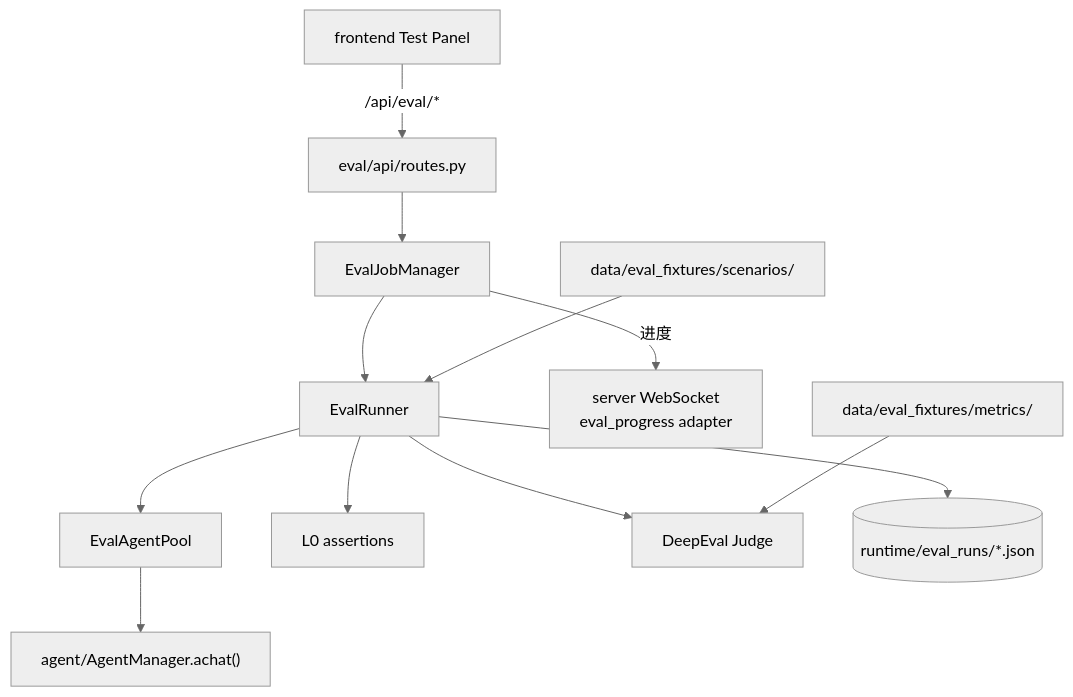
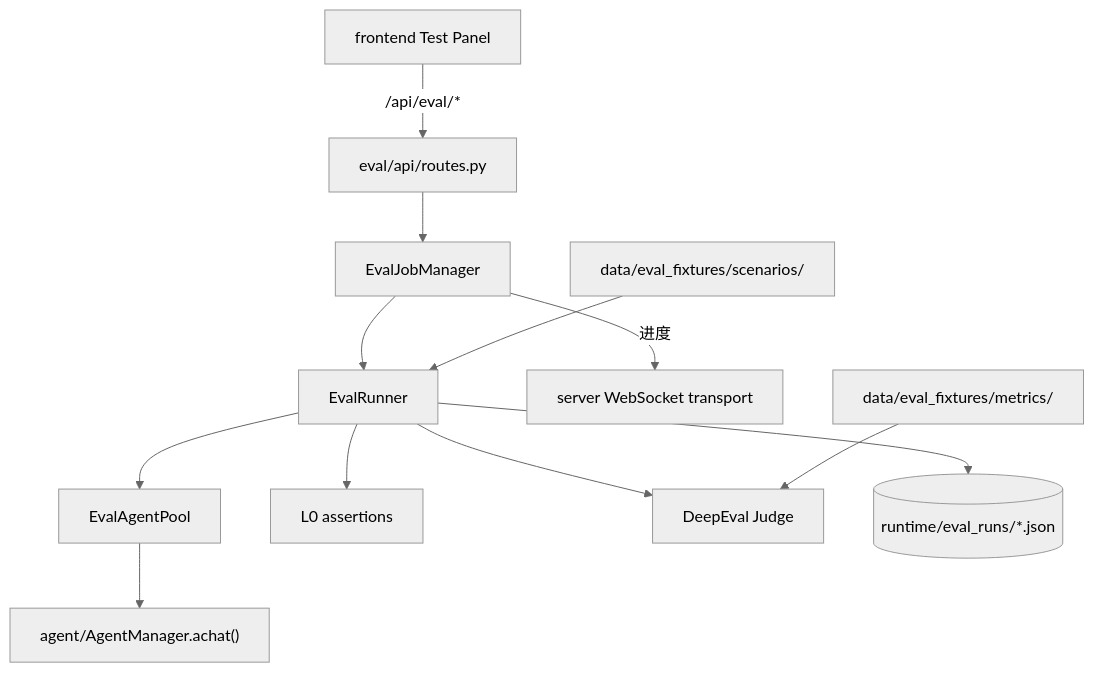
The diagram in eval/README.md (sunxu42/gardenagent), drawn with Mermaid (neutral theme) before and after one commit. The commit also changed other lines of this file and 4 other files, not shown here.

Commit message:
del eval progress

````diff
--- a/eval/README.md
+++ b/eval/README.md
@@ -24,14 +24,14 @@
 ```mermaid
 flowchart TB
     FE["frontend Test Panel"] -->|"/api/eval/*"| API["eval/api/routes.py"]
     API --> JM["EvalJobManager"]
     JM --> Runner["EvalRunner"]
     Runner --> Pool["EvalAgentPool"]
     Pool --> AM["agent/AgentManager.achat()"]
     Runner --> Assert["L0 assertions"]
     Runner --> Judge["DeepEval Judge"]
-    JM -->|进度| WS["server WebSocket<br/>eval_progress adapter"]
+    JM -->|进度| WS["server WebSocket transport"]
     Runner --> Disk[("runtime/eval_runs/*.json")]
     Scenarios["data/eval_fixtures/scenarios/"] --> Runner
     Metrics["data/eval_fixtures/metrics/"] --> Judge
 ```
````
